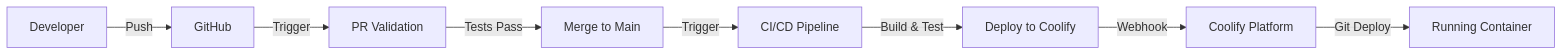
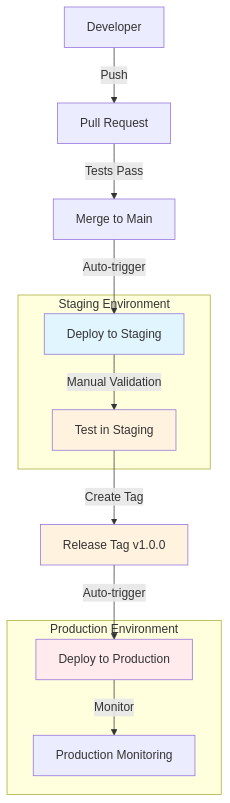
The second of 2 diagrams in docs/system-solution/devops-architecture.md (gidorah/iss-data-analytics-system), drawn with Mermaid before and after one commit. The commit also changed other lines of this file and 3 other files, not shown here.

Commit message:
Update docs to implement staged deployment architecture with GitHub Actions for improved release management and rollback capability

````diff
--- a/docs/system-solution/devops-architecture.md
+++ b/docs/system-solution/devops-architecture.md
@@ -106,10 +108,25 @@
 ```mermaid
-flowchart LR
-    DEV[Developer] -->|Push| GH[GitHub]
-    GH -->|Trigger| PR[PR Validation]
+flowchart TD
+    DEV[Developer] -->|Push| PR[Pull Request]
     PR -->|Tests Pass| MERGE[Merge to Main]
-    MERGE -->|Trigger| CI[CI/CD Pipeline]
-    CI -->|Build & Test| DEPLOY[Deploy to Coolify]
-    DEPLOY -->|Webhook| COOLIFY[Coolify Platform]
-    COOLIFY -->|Git Deploy| CONTAINER[Running Container]
+    MERGE -->|Auto-trigger| STAGING[Deploy to Staging]
+    STAGING -->|Manual Validation| VALIDATE[Test in Staging]
+    VALIDATE -->|Create Tag| RELEASE[Release Tag v1.0.0]
+    RELEASE -->|Auto-trigger| PROD[Deploy to Production]
+    PROD -->|Monitor| MONITOR[Production Monitoring]
+
+    subgraph "Staging Environment"
+        STAGING
+        VALIDATE
+    end
+
+    subgraph "Production Environment"
+        PROD
+        MONITOR
+    end
+
+    style STAGING fill:#e1f5fe
+    style VALIDATE fill:#fff3e0
+    style RELEASE fill:#fff3e0
+    style PROD fill:#ffebee
 ```
````
